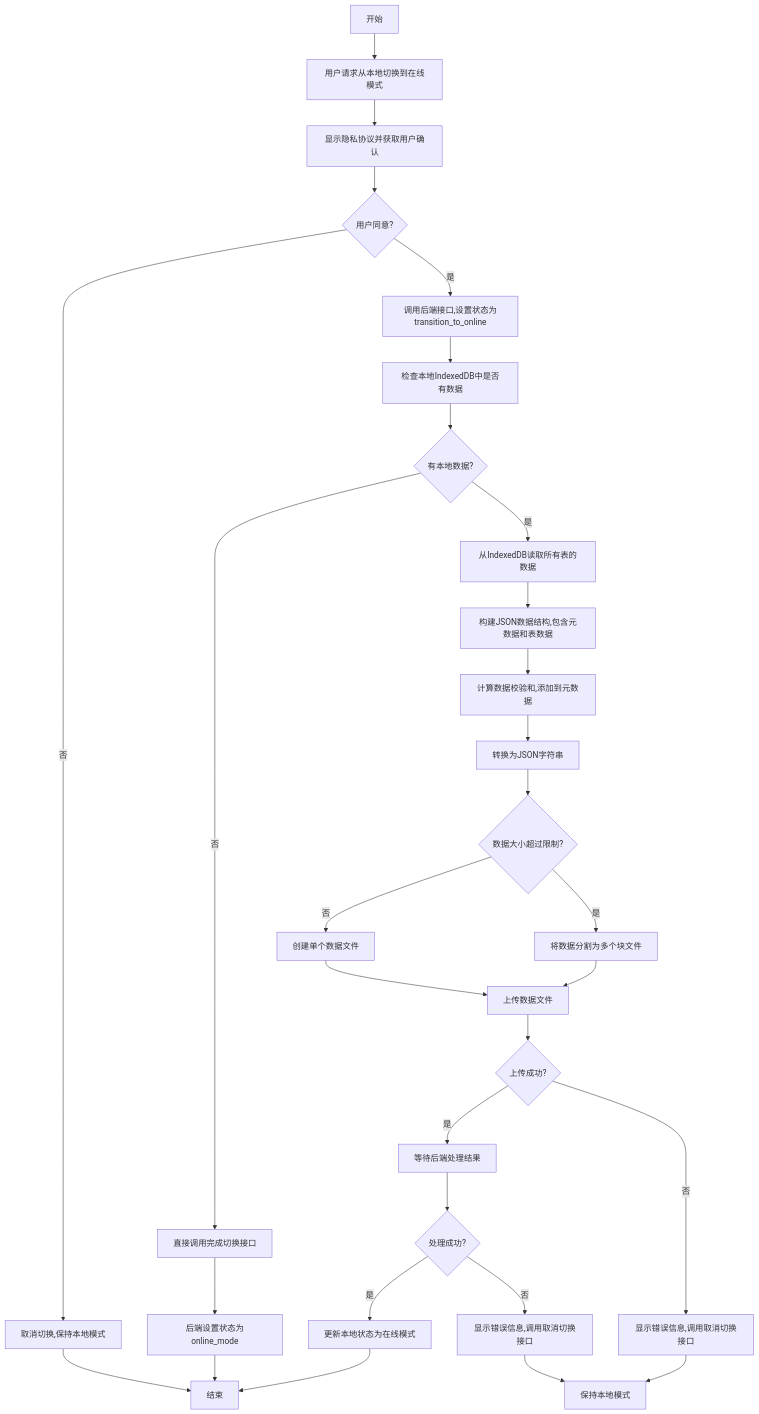
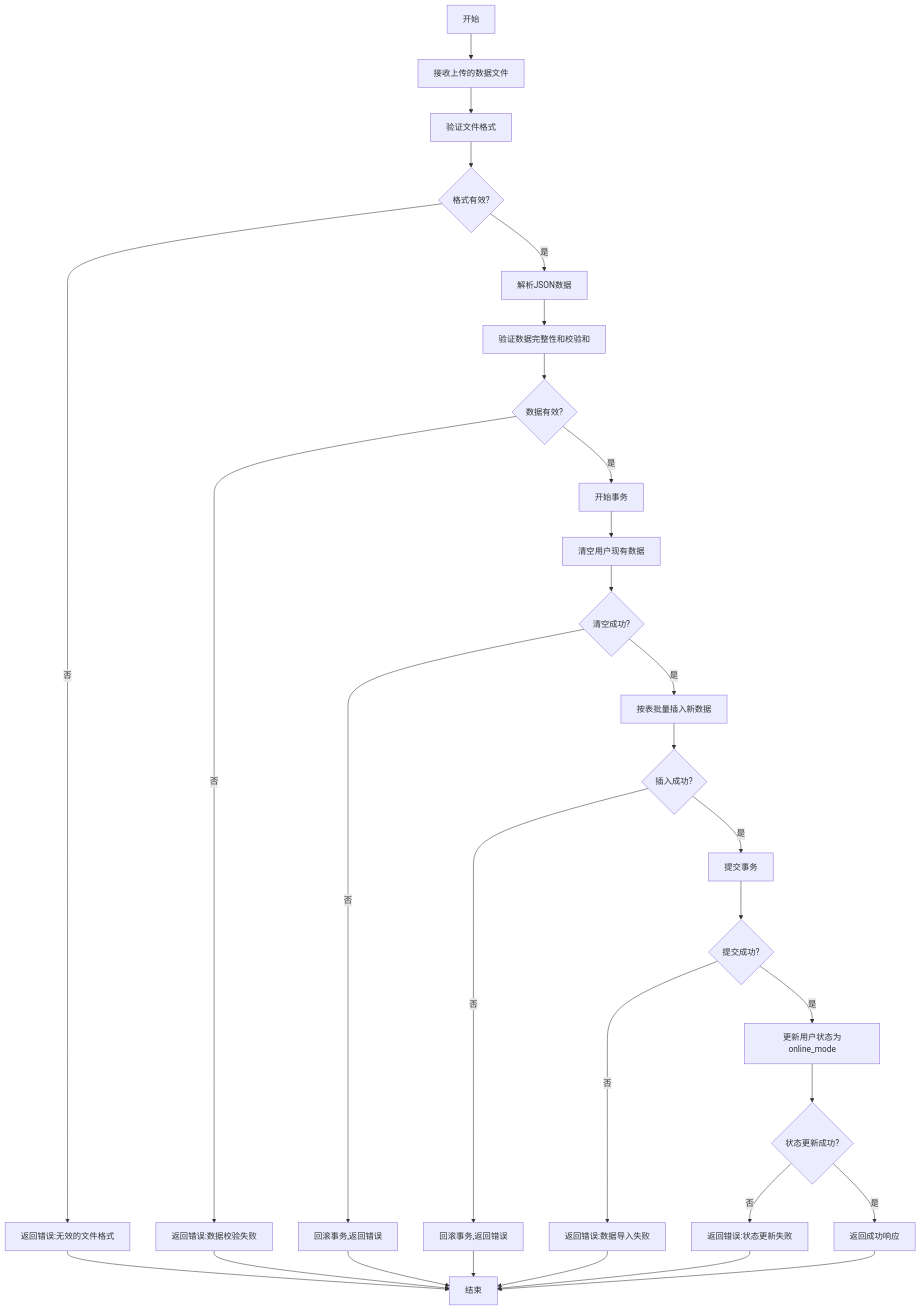
One commit to yingjianzh/iodraw-files changed the diagram in all/未命名-59.md. Above: the diagram before and after it, drawn with Mermaid.

Commit message:
2025-05-14 16:05:23 update

````diff
--- a/all/未命名-59.md
+++ b/all/未命名-59.md
@@ -1,39 +1,38 @@
 ```mermaid
 flowchart TD
-    A[开始] --> B[用户请求从本地切换到在线模式]
-    B --> C[显示隐私协议并获取用户确认]
-    C --> D{用户同意?}
-    D -->|否| E[取消切换,保持本地模式]
-    D -->|是| F[调用后端接口,设置状态为transition_to_online]
-    F --> G[检查本地IndexedDB中是否有数据]
-    G --> H{有本地数据?}
+    A[开始] --> B[接收上传的数据文件]
+    B --> C[验证文件格式]
+    C --> D{格式有效?}
+    D -->|否| E[返回错误:无效的文件格式]
+    D -->|是| F[解析JSON数据]
     
-    H -->|否| I[直接调用完成切换接口]
-    H -->|是| J[从IndexedDB读取所有表的数据]
+    F --> G[验证数据完整性和校验和]
+    G --> H{数据有效?}
+    H -->|否| I[返回错误:数据校验失败]
+    H -->|是| J[开始事务]
     
-    J --> K[构建JSON数据结构,包含元数据和表数据]
-    K --> L[计算数据校验和,添加到元数据]
-    L --> M[转换为JSON字符串]
+    J --> K[清空用户现有数据]
+    K --> L{清空成功?}
+    L -->|否| M[回滚事务,返回错误]
+    L -->|是| N[按表批量插入新数据]
     
-    M --> N{数据大小超过限制?}
-    N -->|是| O[将数据分割为多个块文件]
-    N -->|否| P[创建单个数据文件]
+    N --> O{插入成功?}
+    O -->|否| P[回滚事务,返回错误]
+    O -->|是| Q[提交事务]
     
-    O --> Q[上传数据文件]
-    P --> Q
-    I --> R[后端设置状态为online_mode]
+    Q --> R{提交成功?}
+    R -->|否| S[返回错误:数据导入失败]
+    R -->|是| T[更新用户状态为online_mode]
     
-    Q --> S{上传成功?}
-    S -->|否| T[显示错误信息,调用取消切换接口]
-    S -->|是| U[等待后端处理结果]
+    T --> U{状态更新成功?}
+    U -->|否| V[返回错误:状态更新失败]
+    U -->|是| W[返回成功响应]
     
-    U --> V{处理成功?}
-    V -->|否| W[显示错误信息,调用取消切换接口]
-    V -->|是| X[更新本地状态为在线模式]
-    
-    T --> Y[保持本地模式]
-    W --> Y
-    X --> Z[结束]
-    R --> Z
-    E --> Z
+    E --> X[结束]
+    I --> X
+    M --> X
+    P --> X
+    S --> X
+    V --> X
+    W --> X
 ```
````
